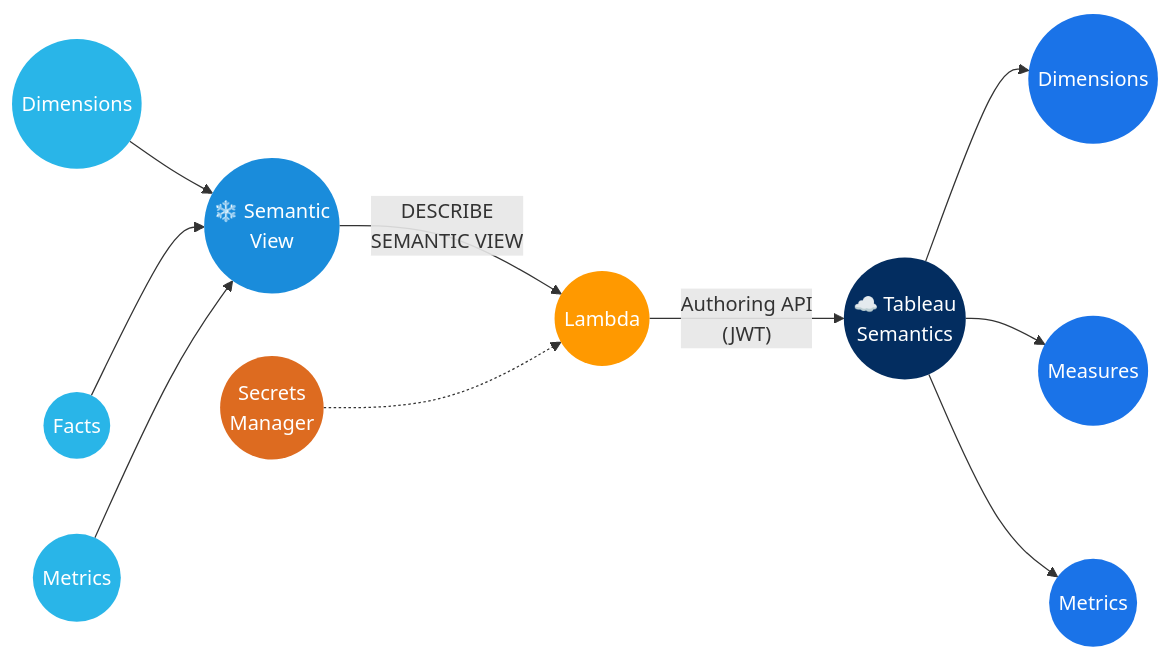
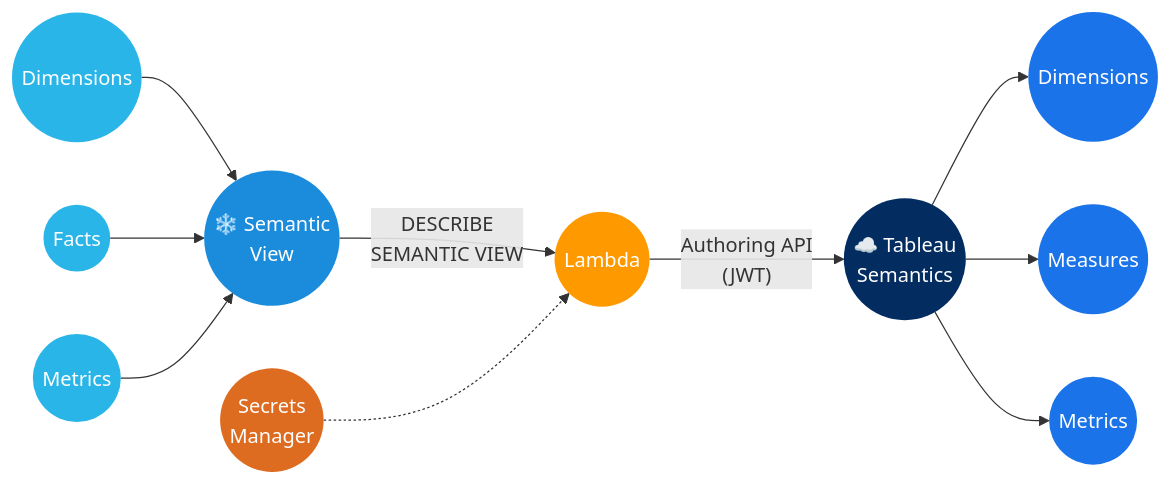
The first of 3 diagrams in README.md (RyutoYoda/snowflake-to-tableau-semantics), drawn with Mermaid before and after one commit.

Commit message:
Fix diagram layout: Secrets Manager below Lambda

````diff
--- a/README.md
+++ b/README.md
@@ -9,30 +9,26 @@
 ```mermaid
 flowchart LR
     SF_DIM(("Dimensions")) --> SV(("❄️ Semantic\nView"))
     SF_FACT(("Facts")) --> SV
     SF_MET(("Metrics")) --> SV
 
     SV -- "DESCRIBE\nSEMANTIC VIEW" --> Lambda(("Lambda"))
     Lambda -- "Authoring API\n(JWT)" --> TS(("☁️ Tableau\nSemantics"))
 
     TS --> DIM(("Dimensions"))
     TS --> MEA(("Measures"))
     TS --> MET(("Metrics"))
 
     Secrets(("Secrets\nManager")) -.-> Lambda
 
-    SF_DIM ~~~ DIM
-    SF_FACT ~~~ MEA
-    SF_MET ~~~ MET
-
     style SF_DIM fill:#29B5E8,color:#fff,stroke:none
     style SF_FACT fill:#29B5E8,color:#fff,stroke:none
     style SF_MET fill:#29B5E8,color:#fff,stroke:none
     style SV fill:#1a8cdb,color:#fff,stroke:none
     style Lambda fill:#FF9900,color:#fff,stroke:none
     style Secrets fill:#dd6b20,color:#fff,stroke:none
     style TS fill:#032D60,color:#fff,stroke:none
     style DIM fill:#1a73e8,color:#fff,stroke:none
     style MEA fill:#1a73e8,color:#fff,stroke:none
     style MET fill:#1a73e8,color:#fff,stroke:none
 ```
````
